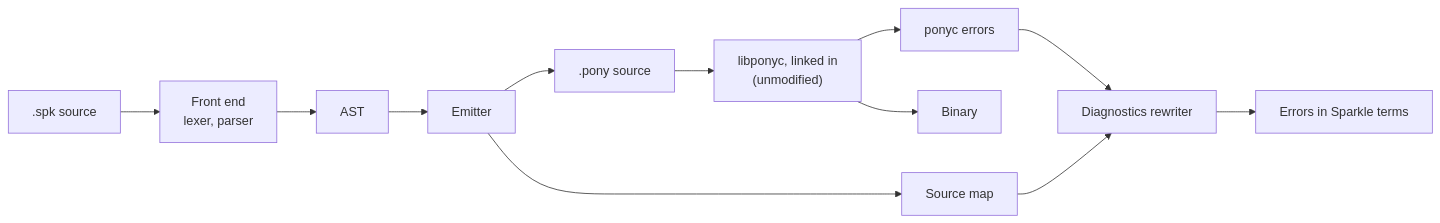
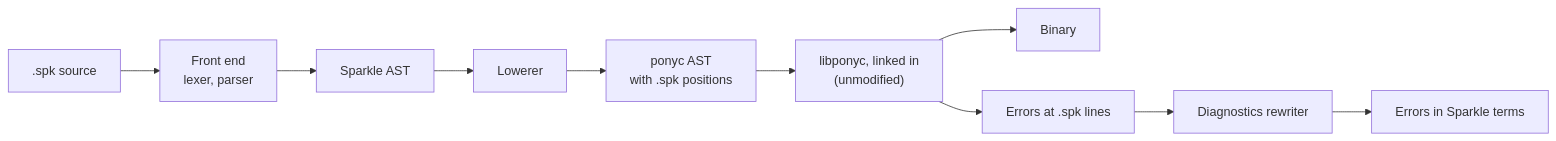
Before and after one commit to nogginly/sparkle: the first of 5 diagrams in DESIGN.md, drawn with Mermaid. The commit also changed other lines of this file and 7 other files, not shown here.

First line of the commit message:
Describe the translator as one that builds ponyc's AST

````diff
--- a/DESIGN.md
+++ b/DESIGN.md
@@ -9,14 +9,12 @@
 ```mermaid
 flowchart LR
     SPK[".spk source"] --> FRONT["Front end<br/>lexer, parser"]
-    FRONT --> AST["AST"]
-    AST --> EMIT["Emitter"]
-    EMIT --> PONY[".pony source"]
-    EMIT --> MAP["Source map"]
-    PONY --> PONYC["libponyc, linked in<br/>(unmodified)"]
+    FRONT --> AST["Sparkle AST"]
+    AST --> LOW["Lowerer"]
+    LOW --> TREE["ponyc AST<br/>with .spk positions"]
+    TREE --> PONYC["libponyc, linked in<br/>(unmodified)"]
     PONYC --> BIN["Binary"]
-    PONYC --> ERR["ponyc errors"]
+    PONYC --> ERR["Errors at .spk lines"]
     ERR --> DIAG["Diagnostics rewriter"]
-    MAP --> DIAG
     DIAG --> OUT["Errors in Sparkle terms"]
 ```
````
